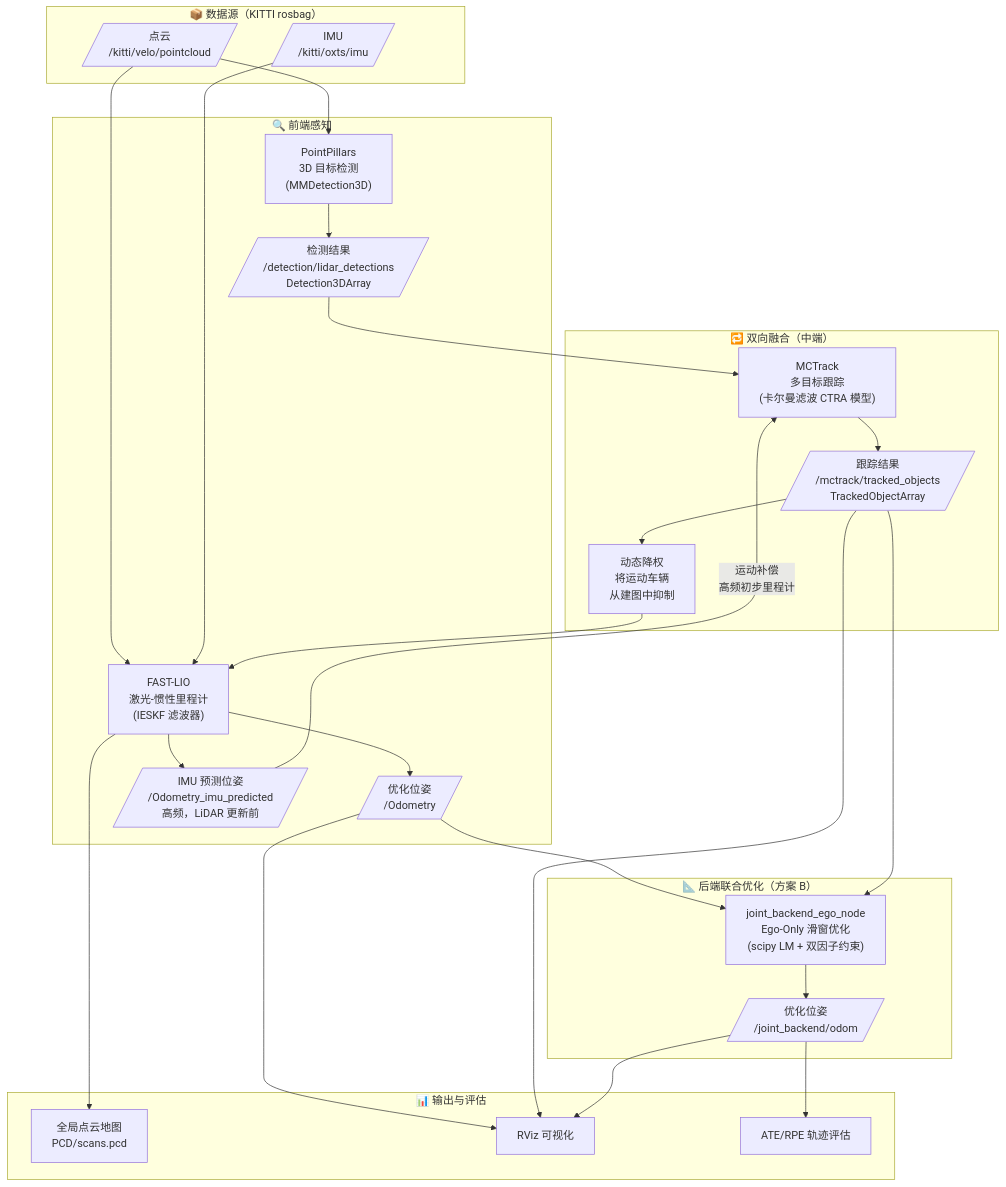
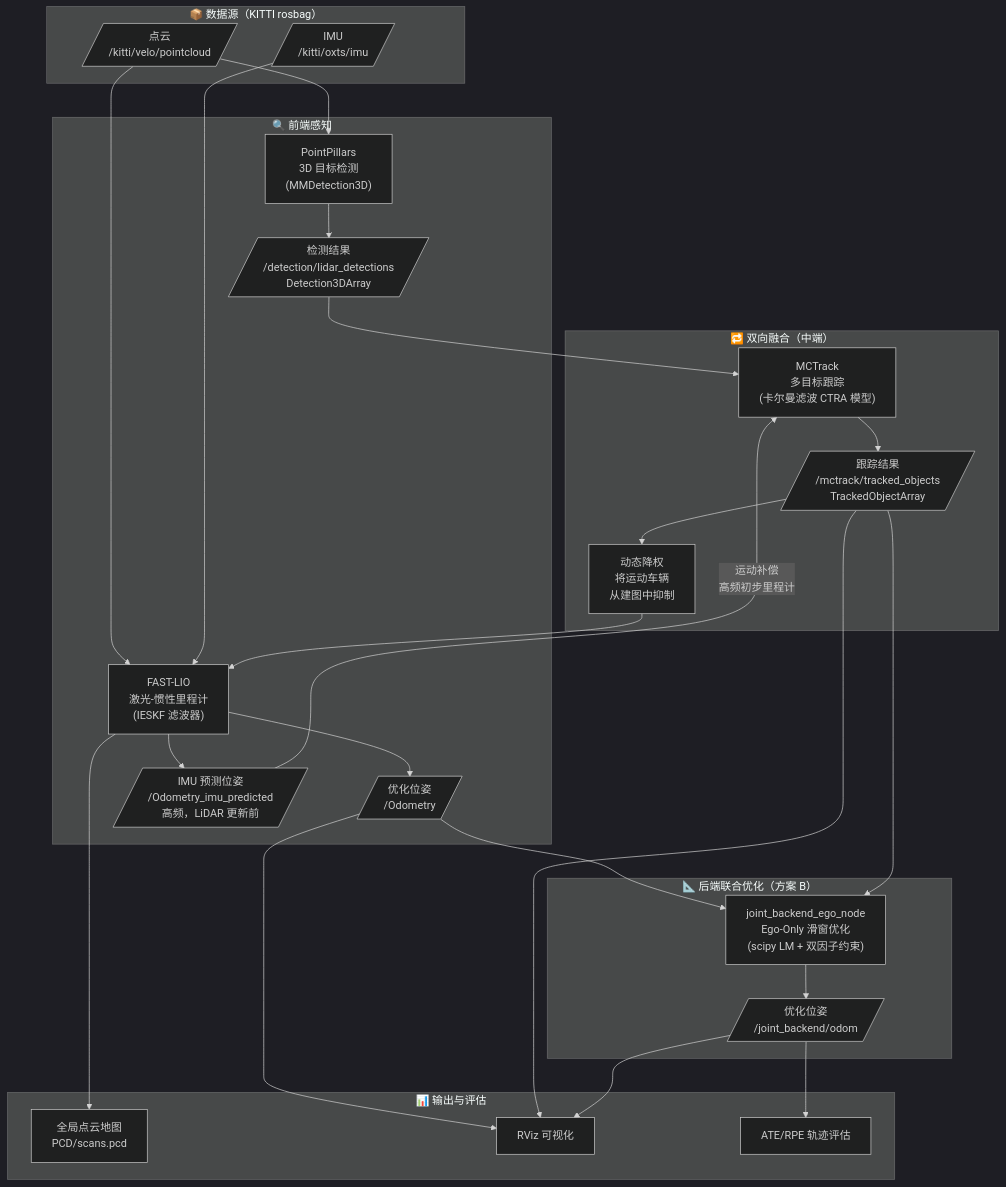
Before and after one commit to XC-CN/ME5400: the first of 3 diagrams in README.md, drawn with Mermaid. The commit also changed other lines of this file and 8 other files, not shown here.

````diff
--- a/README.md
+++ b/README.md
@@ -30,46 +30,46 @@
 ```mermaid
-
+%%{init: {'theme': 'dark'}}%%
 flowchart TD
     subgraph 数据源["📦 数据源（KITTI rosbag）"]
         PC[/"点云\n/kitti/velo/pointcloud"/]
         IMU[/"IMU\n/kitti/oxts/imu"/]
     end
 
     subgraph 前端感知["🔍 前端感知"]
         PP["PointPillars\n3D 目标检测\n(MMDetection3D)"]
         FL["FAST-LIO\n激光-惯性里程计\n(IESKF 滤波器)"]
         ODOM[/"优化位姿\n/Odometry"/]
         ODOM_IMU[/"IMU 预测位姿\n/Odometry_imu_predicted\n高频，LiDAR 更新前"/]
         DET[/"检测结果\n/detection/lidar_detections\nDetection3DArray"/]
     end
 
     subgraph 双向融合["🔁 双向融合（中端）"]
         MCT["MCTrack\n多目标跟踪\n(卡尔曼滤波 CTRA 模型)"]
         TRACK[/"跟踪结果\n/mctrack/tracked_objects\nTrackedObjectArray"/]
         DW["动态降权\n将运动车辆\n从建图中抑制"]
     end
 
     subgraph 后端优化["📐 后端联合优化（方案 B）"]
         JB["joint_backend_ego_node\nEgo-Only 滑窗优化\n(scipy LM + 双因子约束)"]
         OUT[/"优化位姿\n/joint_backend/odom"/]
     end
 
     subgraph 输出["📊 输出与评估"]
         MAP["全局点云地图\nPCD/scans.pcd"]
         RVIZ["RViz 可视化"]
         EVAL["ATE/RPE 轨迹评估"]
     end
 
     PC --> PP --> DET --> MCT
     PC --> FL
     IMU --> FL
     FL --> ODOM --> JB
     FL --> ODOM_IMU --"运动补偿\n高频初步里程计"--> MCT
     MCT --> TRACK --> DW --> FL
     TRACK --> JB
     JB --> OUT --> EVAL
     FL --> MAP
     ODOM --> RVIZ
     TRACK --> RVIZ
     OUT --> RVIZ
 ```
````
